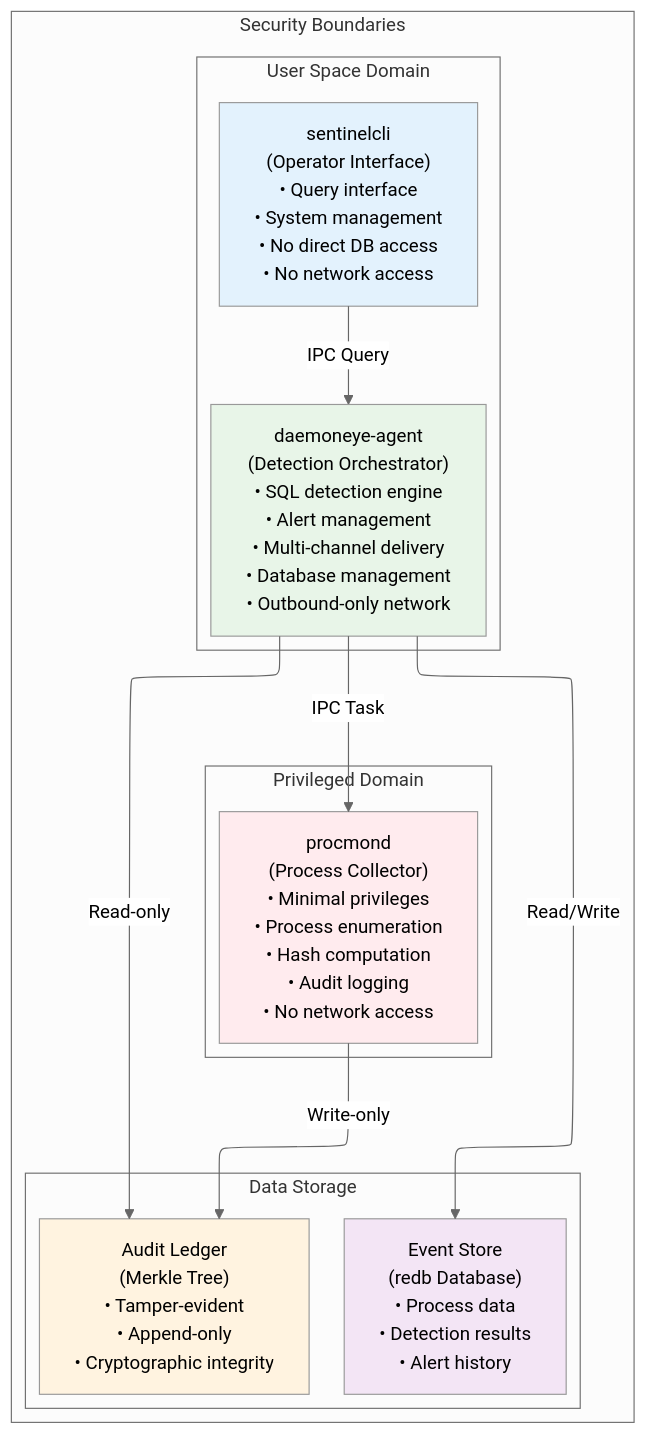
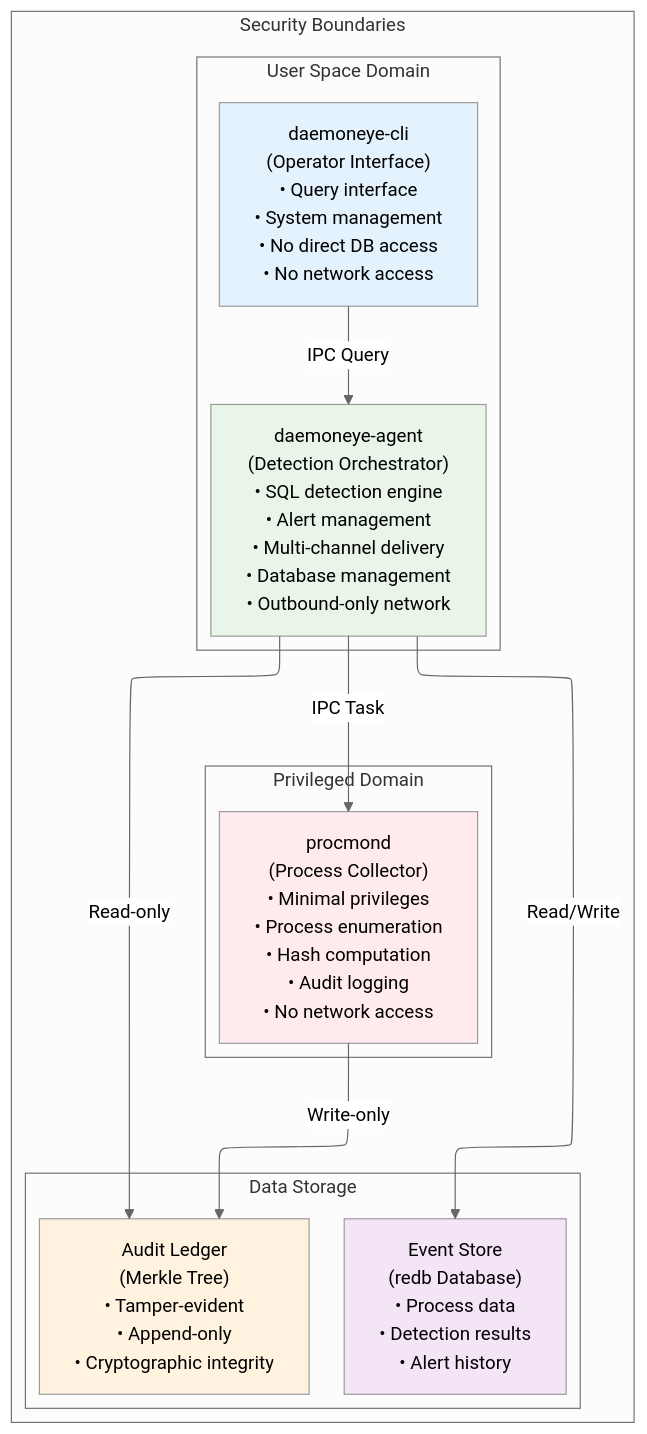
One commit to EvilBit-Labs/DaemonEye changed the diagram in docs/src/technical/security_design_overview.md. Above: the diagram before and after it, drawn with Mermaid. The commit also changed other lines of this file and 24 other files, not shown here.

````diff
--- a/docs/src/technical/security_design_overview.md
+++ b/docs/src/technical/security_design_overview.md
@@ -35,38 +35,38 @@
 ```mermaid
 ---
 config:
   layout: elk
   theme: neutral
 ---
 
 graph TB
     subgraph "Security Boundaries"
         subgraph "Privileged Domain"
             PM["procmond<br/>(Process Collector)<br/>• Minimal privileges<br/>• Process enumeration<br/>• Hash computation<br/>• Audit logging<br/>• No network access"]
         end
 
         subgraph "User Space Domain"
             SA["daemoneye-agent<br/>(Detection Orchestrator)<br/>• SQL detection engine<br/>• Alert management<br/>• Multi-channel delivery<br/>• Database management<br/>• Outbound-only network"]
 
-            CLI["sentinelcli<br/>(Operator Interface)<br/>• Query interface<br/>• System management<br/>• No direct DB access<br/>• No network access"]
+            CLI["daemoneye-cli<br/>(Operator Interface)<br/>• Query interface<br/>• System management<br/>• No direct DB access<br/>• No network access"]
         end
 
         subgraph "Data Storage"
             AUDIT["Audit Ledger<br/>(Merkle Tree)<br/>• Tamper-evident<br/>• Append-only<br/>• Cryptographic integrity"]
 
             STORE["Event Store<br/>(redb Database)<br/>• Process data<br/>• Detection results<br/>• Alert history"]
         end
     end
 
     PM -->|Write-only| AUDIT
     SA -->|Read/Write| STORE
     SA -->|Read-only| AUDIT
     CLI -->|IPC Query| SA
     SA -->|IPC Task| PM
 
     style PM fill:#ffebee
     style SA fill:#e8f5e8
     style CLI fill:#e3f2fd
     style AUDIT fill:#fff3e0
     style STORE fill:#f3e5f5
 ```
````
